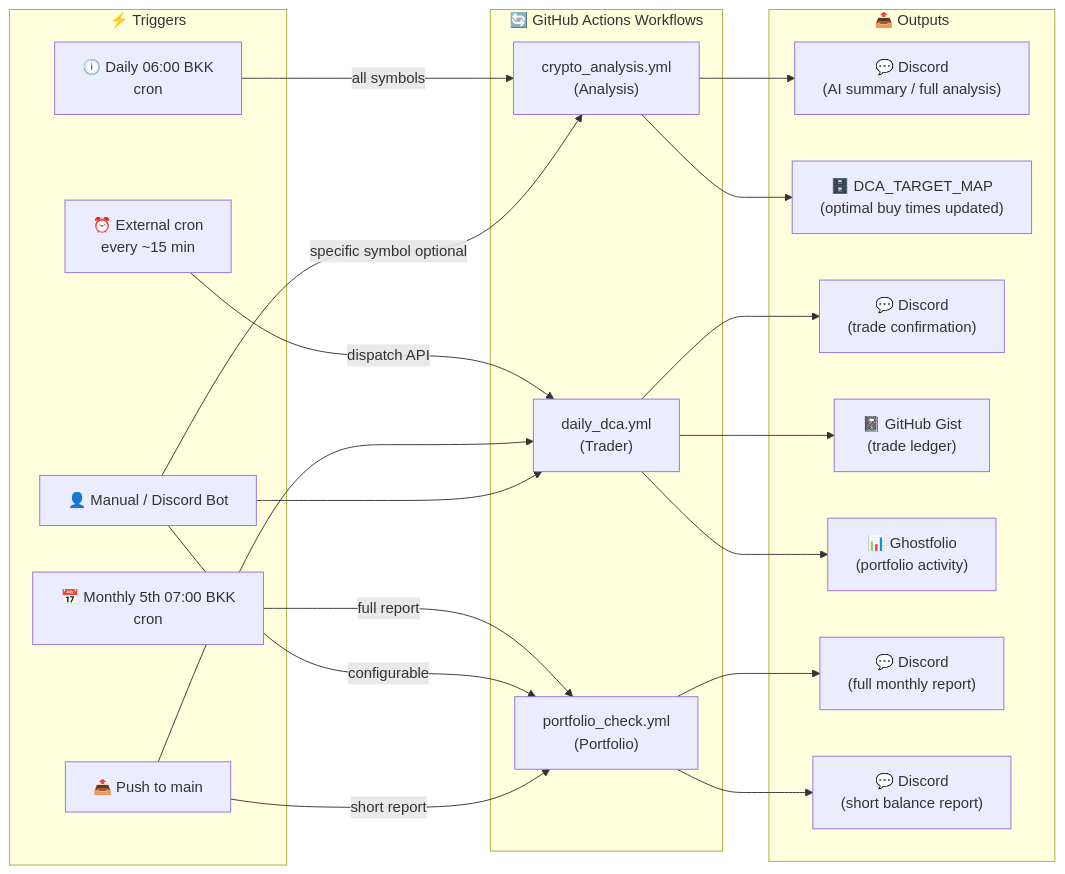
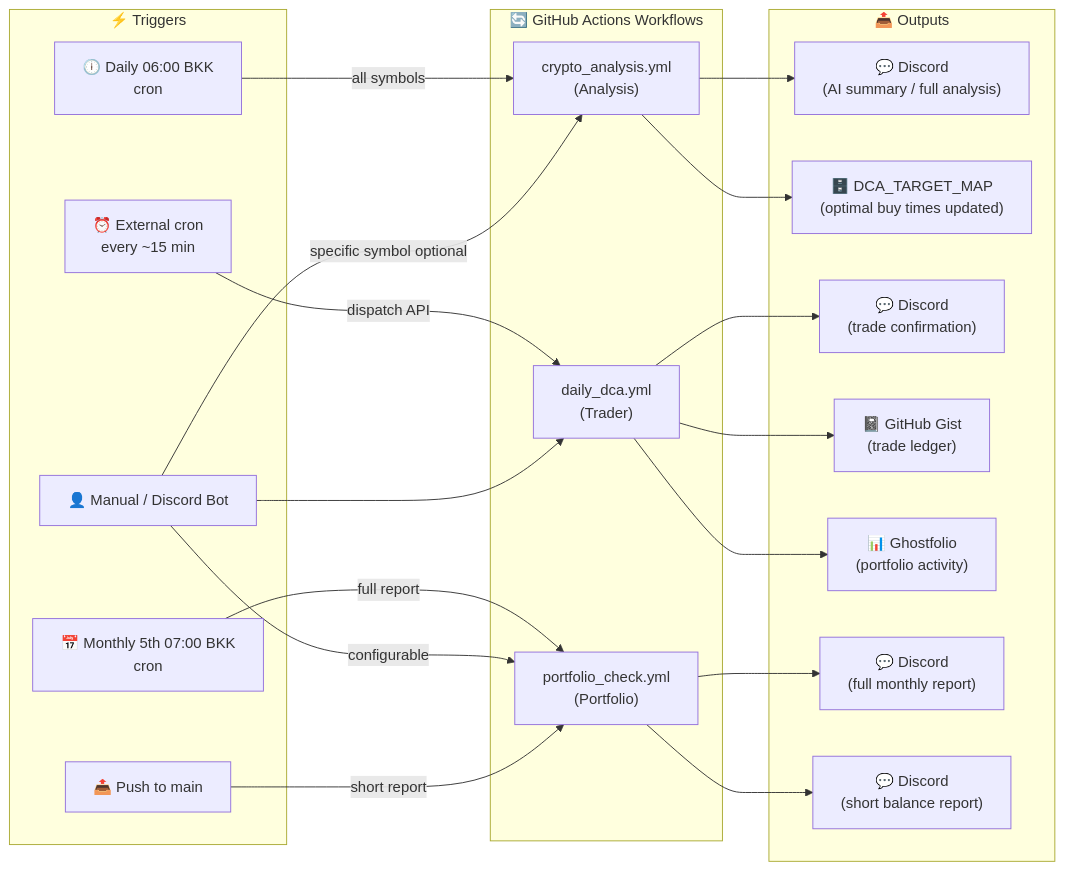
The first of 4 diagrams in README.md (AGuismo/DCA-Analysis-Bot), drawn with Mermaid before and after one commit. The commit also changed other lines of this file and 4 other files, not shown here.

````diff
--- a/README.md
+++ b/README.md
@@ -25,44 +25,43 @@
 ```mermaid
 flowchart LR
     subgraph TRIGGERS["⚡ Triggers"]
         T1["🕕 Daily 06:00 BKK\ncron"]
         T2["📅 Monthly 5th 07:00 BKK\ncron"]
         T3["📤 Push to main"]
         T4["⏰ External cron\nevery ~15 min"]
         T5["👤 Manual / Discord Bot"]
     end
 
     subgraph WORKFLOWS["🔄 GitHub Actions Workflows"]
         W1["crypto_analysis.yml\n(Analysis)"]
         W2["daily_dca.yml\n(Trader)"]
         W3["portfolio_check.yml\n(Portfolio)"]
     end
 
     subgraph OUTPUTS["📤 Outputs"]
         O1["💬 Discord\n(AI summary / full analysis)"]
         O2["🗄️ DCA_TARGET_MAP\n(optimal buy times updated)"]
         O3["💬 Discord\n(trade confirmation)"]
         O4["📓 GitHub Gist\n(trade ledger)"]
         O5["📊 Ghostfolio\n(portfolio activity)"]
         O6["💬 Discord\n(full monthly report)"]
         O7["💬 Discord\n(short balance report)"]
     end
 
     T1 -->|"all symbols"| W1
     T5 -->|"specific symbol optional"| W1
     W1 --> O1
     W1 --> O2
 
     T4 -->|"dispatch API"| W2
-    T3 --> W2
     T5 --> W2
     W2 --> O3
     W2 --> O4
     W2 --> O5
 
     T2 -->|"full report"| W3
     T5 -->|"configurable"| W3
     T3 -->|"short report"| W3
     W3 --> O6
     W3 --> O7
 ```
````
